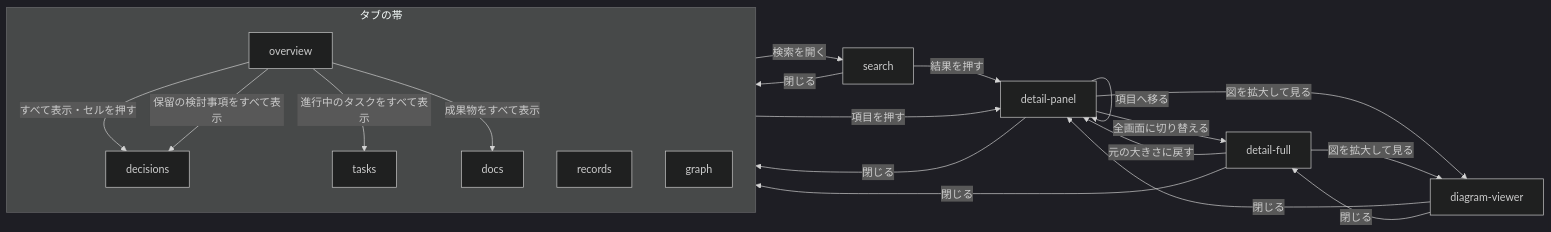
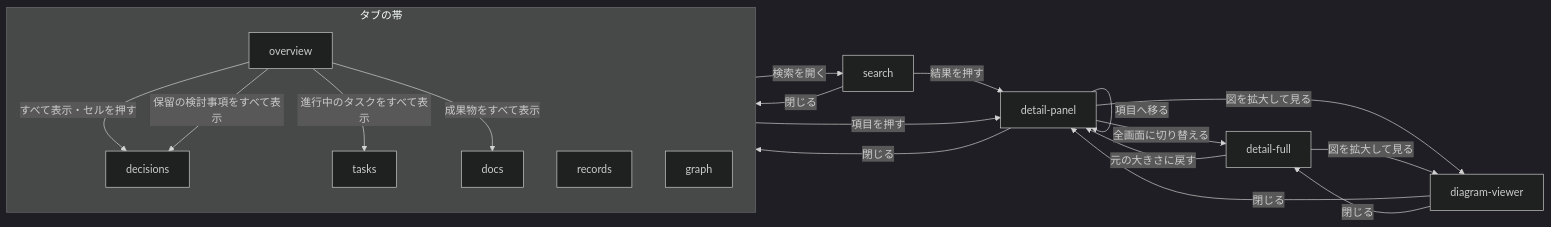
One commit to shuhei1101/mindmap changed the diagram in dev/pr/21/プレビュー.md. Above: the diagram before and after it, drawn with Mermaid (dark theme). The commit also changed other lines of this file and 2 other files, not shown here.

````diff
--- a/dev/pr/21/プレビュー.md
+++ b/dev/pr/21/プレビュー.md
@@ -56,28 +56,27 @@
 ```mermaid
 flowchart LR
   subgraph TABS[タブの帯]
     OV[overview]
     DE[decisions]
     TA[tasks]
     DO[docs]
     RE[records]
     GR[graph]
   end
   OV -->|すべて表示・セルを押す| DE
   OV -->|保留の検討事項をすべて表示| DE
   OV -->|進行中のタスクをすべて表示| TA
   OV -->|成果物をすべて表示| DO
   TABS -->|項目を押す| DP[detail-panel]
   DP -->|閉じる| TABS
   DP -->|項目へ移る| DP
   DP -->|全画面に切り替える| DF[detail-full]
   DF -->|元の大きさに戻す| DP
-  DF -->|閉じる| TABS
   DP -->|図を拡大して見る| DV[diagram-viewer]
   DV -->|閉じる| DP
   DF -->|図を拡大して見る| DV
   DV -->|閉じる| DF
   TABS -->|検索を開く| SE[search]
   SE -->|結果を押す| DP
   SE -->|閉じる| TABS
 ```
````
